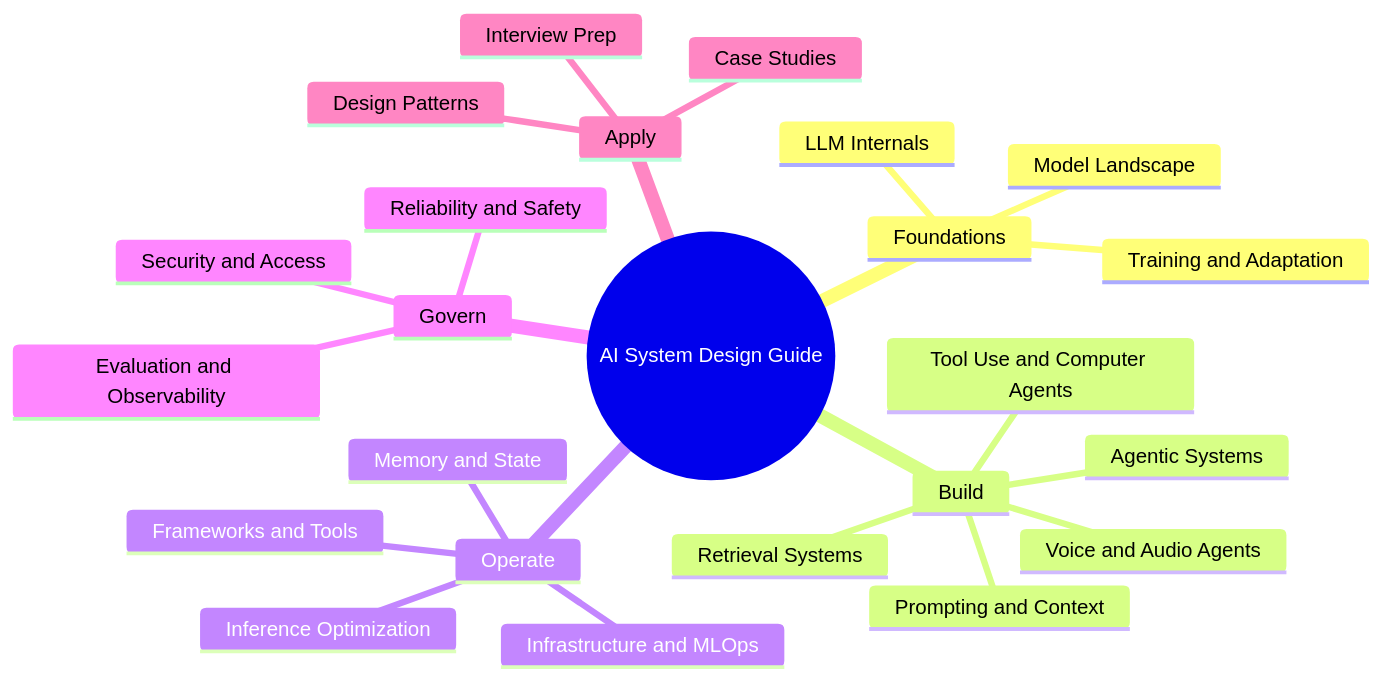
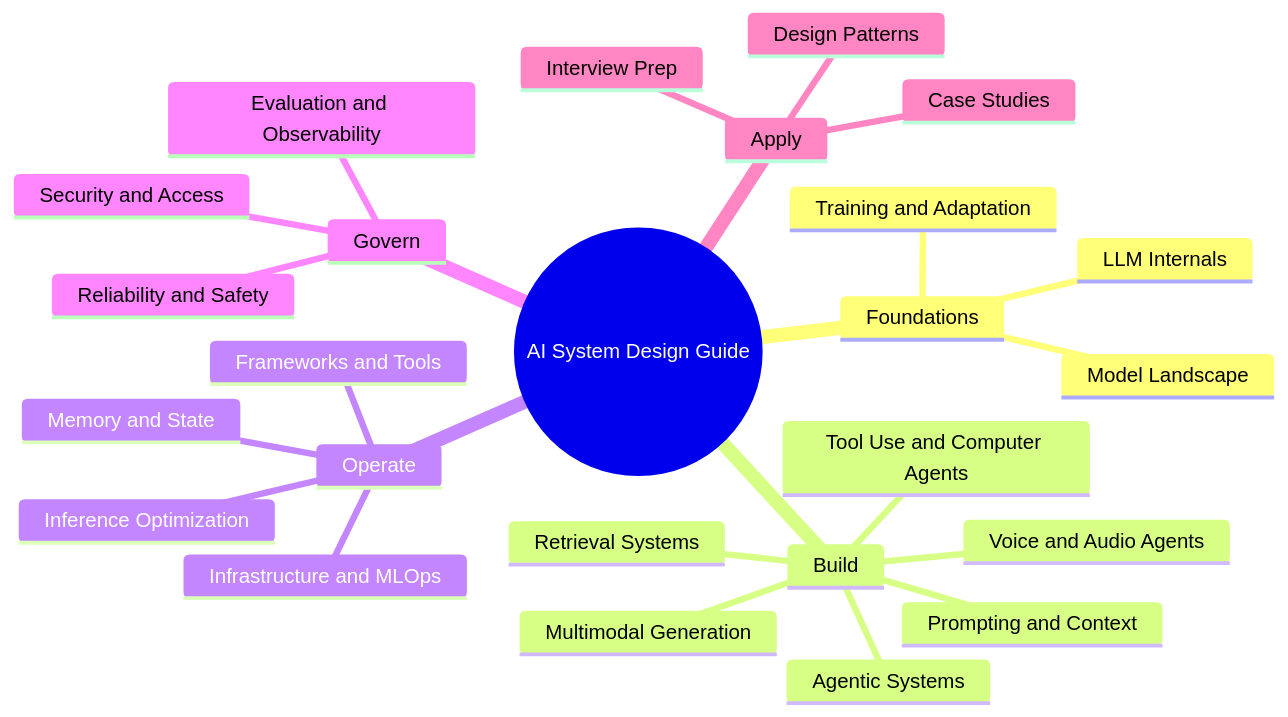
The second of 2 diagrams in README.md (nckhemanth/AI-Engineering), drawn with Mermaid before and after one commit. The commit also changed other lines of this file and 1 other file, not shown here.

````diff
--- a/README.md
+++ b/README.md
@@ -149,27 +155,28 @@
 ```mermaid
 mindmap
   root((AI System Design Guide))
     Foundations
       LLM Internals
       Model Landscape
       Training and Adaptation
     Build
       Prompting and Context
       Retrieval Systems
       Agentic Systems
       Tool Use and Computer Agents
       Voice and Audio Agents
+      Multimodal Generation
     Operate
       Inference Optimization
       Memory and State
       Frameworks and Tools
       Infrastructure and MLOps
     Govern
       Security and Access
       Reliability and Safety
       Evaluation and Observability
     Apply
       Design Patterns
       Case Studies
       Interview Prep
 ```
````
